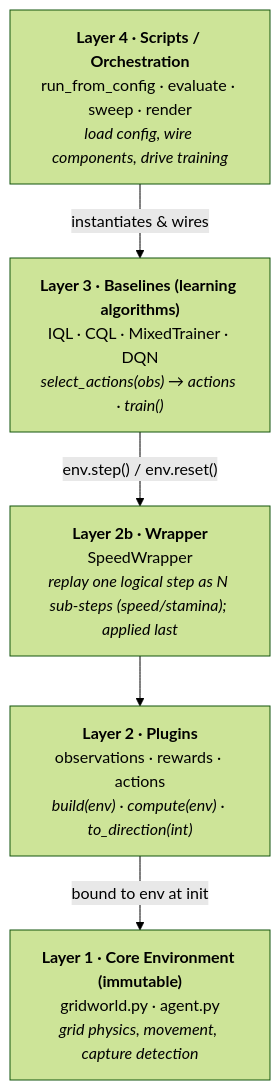
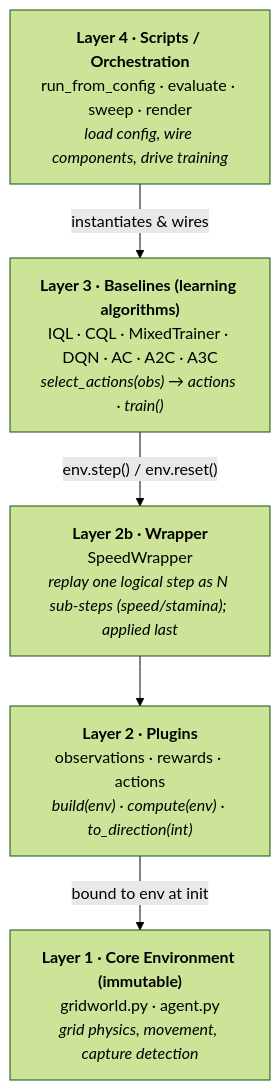
One commit to ProValarous/Predator-Prey-Archetype-Gridworld-Environment changed the first of 4 diagrams in docs/overview/architecture.md. Above: the diagram before and after it, drawn with Mermaid (forest theme). The commit also changed other lines of this file and 40 other files, not shown here.

````diff
--- a/docs/overview/architecture.md
+++ b/docs/overview/architecture.md
@@ -8,12 +8,12 @@
 ```mermaid
 flowchart TB
     L4["<b>Layer 4 · Scripts / Orchestration</b><br/>run_from_config · evaluate · sweep · render<br/><i>load config, wire components, drive training</i>"]
-    L3["<b>Layer 3 · Baselines (learning algorithms)</b><br/>IQL · CQL · MixedTrainer · DQN<br/><i>select_actions(obs) → actions · train()</i>"]
+    L3["<b>Layer 3 · Baselines (learning algorithms)</b><br/>IQL · CQL · MixedTrainer · DQN · AC · A2C · A3C<br/><i>select_actions(obs) → actions · train()</i>"]
     L2b["<b>Layer 2b · Wrapper</b><br/>SpeedWrapper<br/><i>replay one logical step as N sub-steps (speed/stamina); applied last</i>"]
     L2["<b>Layer 2 · Plugins</b><br/>observations · rewards · actions<br/><i>build(env) · compute(env) · to_direction(int)</i>"]
     L1["<b>Layer 1 · Core Environment (immutable)</b><br/>gridworld.py · agent.py<br/><i>grid physics, movement, capture detection</i>"]
     L4 -->|instantiates &amp; wires| L3
     L3 -->|"env.step() / env.reset()"| L2b
     L2b --> L2
     L2 -->|bound to env at init| L1
 ```
````
